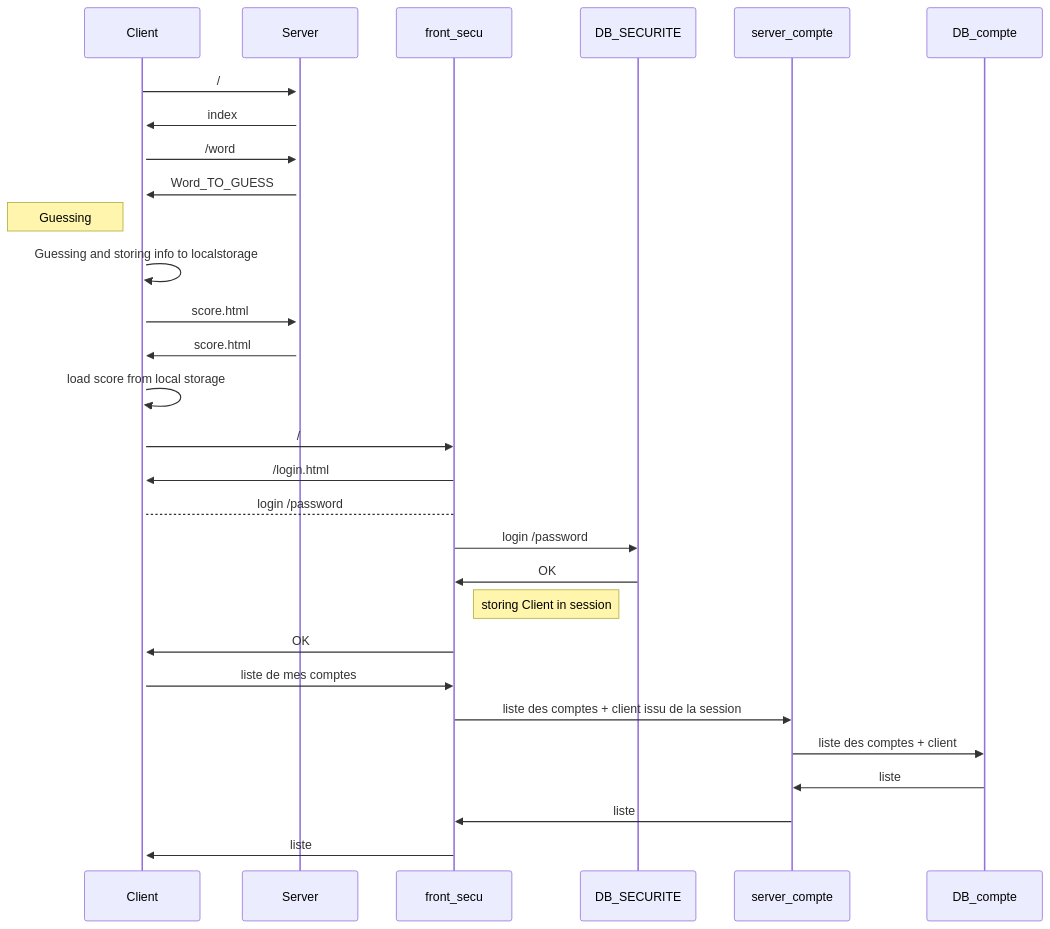
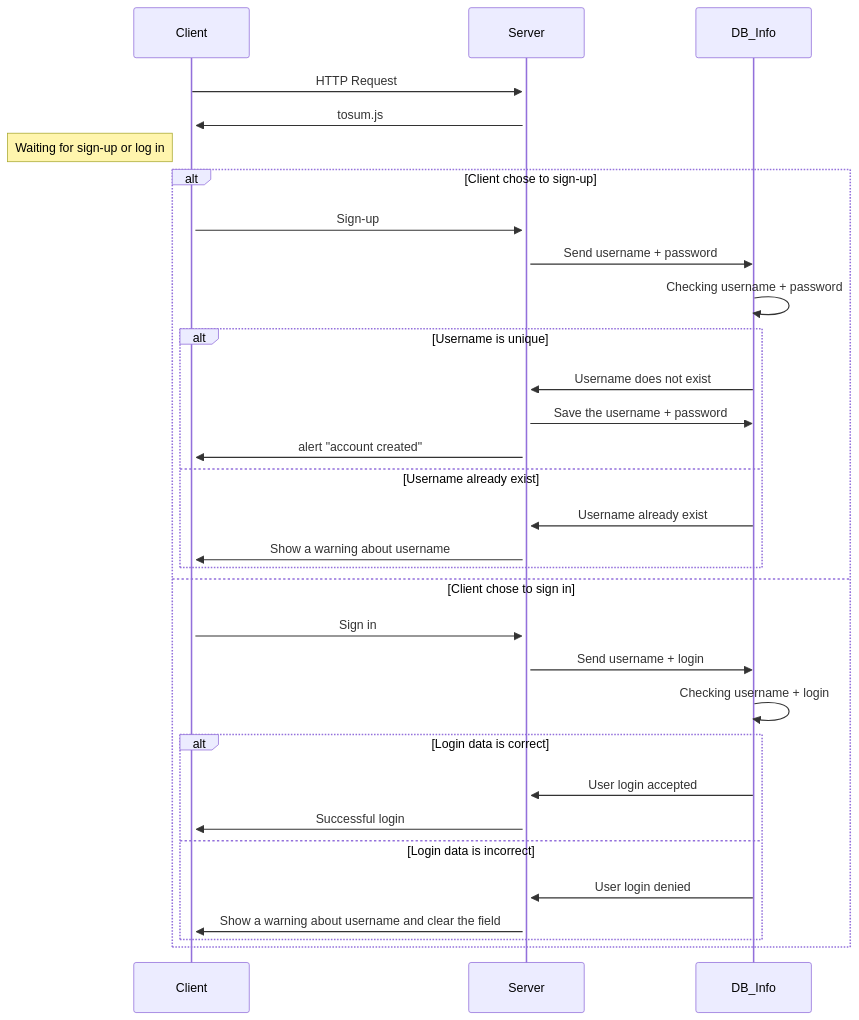
One commit to JulienDelages/Motus changed the diagram in README.md. Above: the diagram before and after it, drawn with Mermaid.

Commit message:
modified:   README.md

````diff
--- a/README.md
+++ b/README.md
@@ -21,25 +21,30 @@
 ```mermaid
-sequenceDiagram;
-    Client->>+Server: /;
-    Server->>+Client: index;
-    Client->>Server:/word;
-    Server->>Client:Word_TO_GUESS;
-    Note left of Client: Guessing;
-    Client->>Client: Guessing and storing info to localstorage;
-    Client->>Server:score.html;
-    Server->>Client: score.html;
-    Client->>Client: load score from local storage;
-    Client->>front_secu: /;
-    front_secu->>Client: /login.html;
-    Client-->front_secu: login /password;
-    front_secu->>DB_SECURITE: login /password;
-    DB_SECURITE->>front_secu: OK;
-    note right of front_secu: storing Client in session;
-    front_secu->>Client: OK;
-    Client->>front_secu:liste de mes comptes;
-    front_secu->>server_compte:liste des comptes + client issu de la session;
-    server_compte->>DB_compte:liste des comptes + client;
-    DB_compte->>server_compte: liste;
-    server_compte->>front_secu:liste;
-    front_secu->>Client:liste;
+sequenceDiagram
+    Client->>+Server: HTTP Request
+    Server->>+Client: tosum.js
+    Note left of Client: Waiting for sign-up or log in
+    alt Client chose to sign-up
+        Client->>Server: Sign-up
+        Server->>DB_Info: Send username + password
+        DB_Info->>DB_Info: Checking username + password
+        alt Username is unique
+            DB_Info->>Server: Username does not exist
+            Server->>DB_Info: Save the username + password
+            Server->>Client: alert "account created"
+        else Username already exist
+        DB_Info->>Server: Username already exist
+        Server->>Client: Show a warning about username 
+        end
+    else Client chose to sign in
+        Client->>Server: Sign in
+        Server->>DB_Info: Send username + login
+        DB_Info->>DB_Info: Checking username + login
+        alt Login data is correct
+            DB_Info->>Server: User login accepted
+            Server->>Client: Successful login
+        else Login data is incorrect
+        DB_Info->>Server: User login denied
+        Server->>Client: Show a warning about username and clear the field
+        end
+    end
 ```
````
